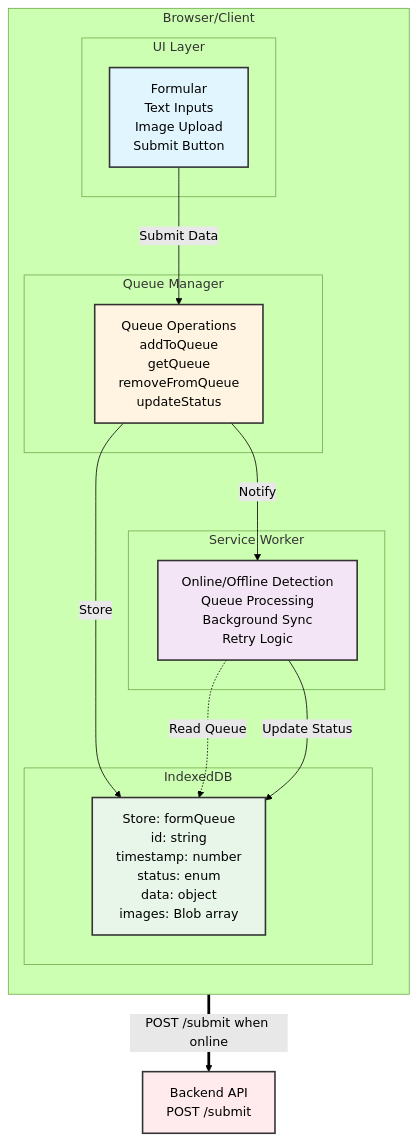
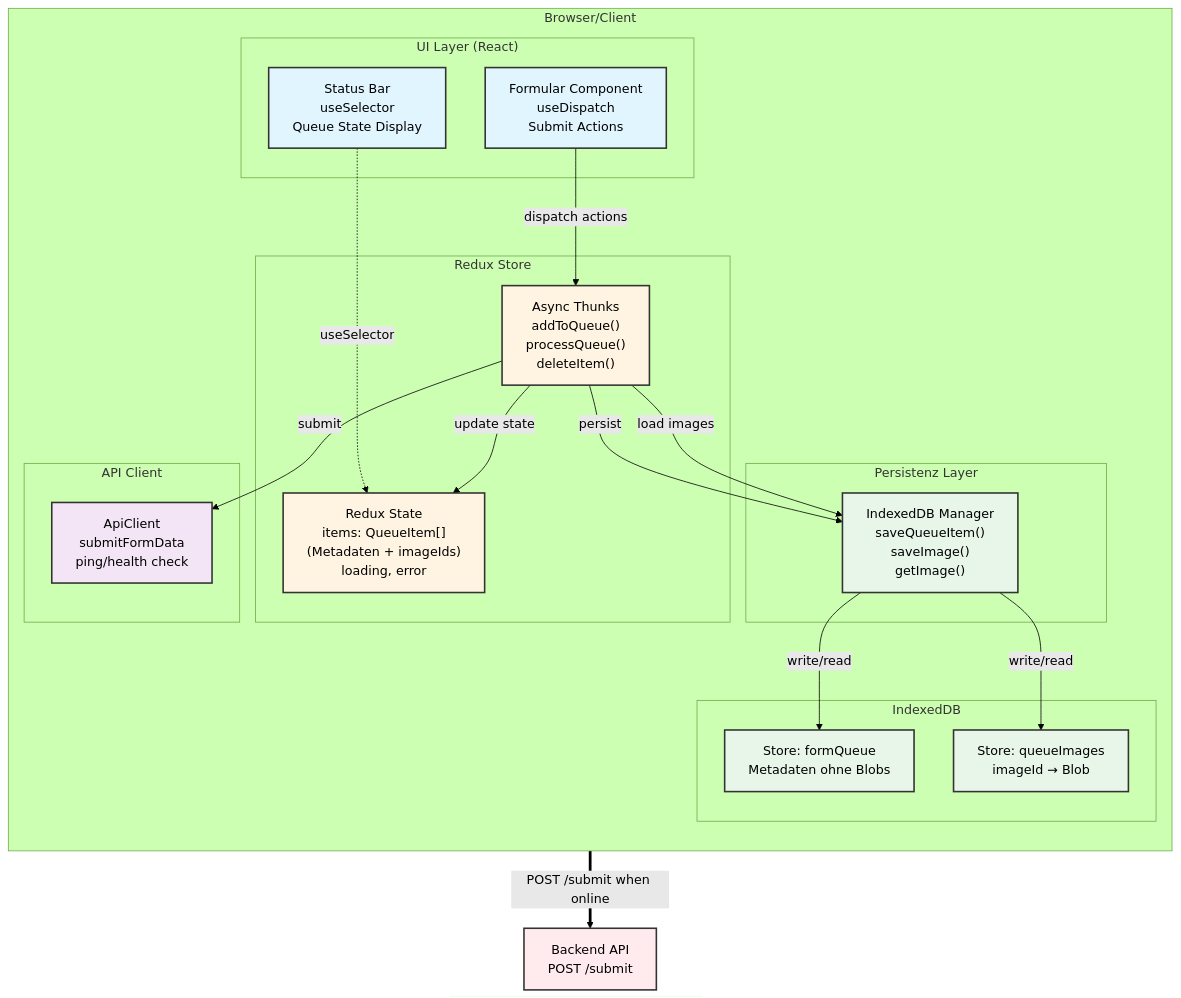
The diagram in offline-queue.spec.md (mgaebler/offline-queue-poc), drawn with Mermaid (forest theme) before and after one commit. The commit also changed other lines of this file and 2 other files, not shown here.

Commit message:
feat: Integrate Redux Toolkit for offline queue management and refactor App component for queue processing

````diff
--- a/offline-queue.spec.md
+++ b/offline-queue.spec.md
@@ -44,36 +45,50 @@
 ```mermaid
 flowchart TB
     subgraph Browser["Browser/Client"]
         direction TB
         
-        subgraph UILayer["UI Layer"]
-            Form["Formular<br/>Text Inputs<br/>Image Upload<br/>Submit Button"]
+        subgraph UILayer["UI Layer (React)"]
+            Form["Formular Component<br/>useDispatch<br/>Submit Actions"]
+            Status["Status Bar<br/>useSelector<br/>Queue State Display"]
         end
         
-        subgraph QueueMgr["Queue Manager"]
-            QM["Queue Operations<br/>addToQueue<br/>getQueue<br/>removeFromQueue<br/>updateStatus"]
+        subgraph StateLayer["Redux Store"]
+            Store["Redux State<br/>items: QueueItem[]<br/>(Metadaten + imageIds)<br/>loading, error"]
+            Thunks["Async Thunks<br/>addToQueue()<br/>processQueue()<br/>deleteItem()"]
+        end
+        
+        subgraph PersistenceLayer["Persistenz Layer"]
+            DBManager["IndexedDB Manager<br/>saveQueueItem()<br/>saveImage()<br/>getImage()"]
         end
         
         subgraph Database["IndexedDB"]
-            DB["Store: formQueue<br/>id: string<br/>timestamp: number<br/>status: enum<br/>data: object<br/>images: Blob array"]
+            DB1["Store: formQueue<br/>Metadaten ohne Blobs"]
+            DB2["Store: queueImages<br/>imageId → Blob"]
         end
         
-        subgraph SW["Service Worker"]
-            ServiceWorker["Online/Offline Detection<br/>Queue Processing<br/>Background Sync<br/>Retry Logic"]
+        subgraph APILayer["API Client"]
+            API_CLIENT["ApiClient<br/>submitFormData<br/>ping/health check"]
         end
         
-        Form -->|Submit Data| QM
-        QM -->|Store| DB
-        QM -->|Notify| ServiceWorker
-        ServiceWorker -.->|Read Queue| DB
-        ServiceWorker -->|Update Status| DB
+        Form -->|dispatch actions| Thunks
+        Status -.->|useSelector| Store
+        Thunks -->|update state| Store
+        Thunks -->|persist| DBManager
+        Thunks -->|load images| DBManager
+        Thunks -->|submit| API_CLIENT
+        DBManager -->|write/read| DB1
+        DBManager -->|write/read| DB2
     end
     
-    ServiceWorker ==>|POST /submit when online| API["Backend API<br/>POST /submit"]
+    API_CLIENT ==>|POST /submit when online| API["Backend API<br/>POST /submit"]
     
     style Form fill:#e1f5ff,stroke:#333,stroke-width:2px
-    style QM fill:#fff4e1,stroke:#333,stroke-width:2px
-    style DB fill:#e8f5e9,stroke:#333,stroke-width:2px
-    style ServiceWorker fill:#f3e5f5,stroke:#333,stroke-width:2px
+    style Status fill:#e1f5ff,stroke:#333,stroke-width:2px
+    style Store fill:#fff4e1,stroke:#333,stroke-width:2px
+    style Thunks fill:#fff4e1,stroke:#333,stroke-width:2px
+    style DBManager fill:#e8f5e9,stroke:#333,stroke-width:2px
+    style DB1 fill:#e8f5e9,stroke:#333,stroke-width:2px
+    style DB2 fill:#e8f5e9,stroke:#333,stroke-width:2px
+    style API_CLIENT fill:#f3e5f5,stroke:#333,stroke-width:2px
     style API fill:#ffebee,stroke:#333,stroke-width:2px
 ```
````
